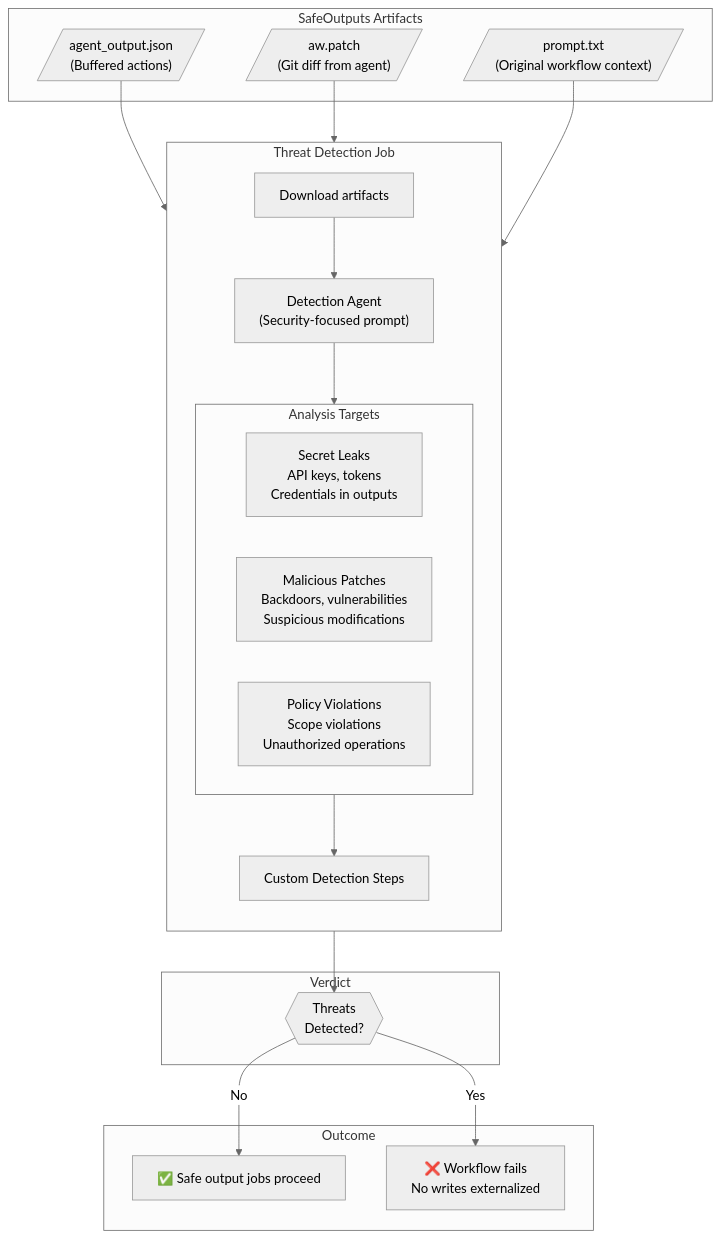
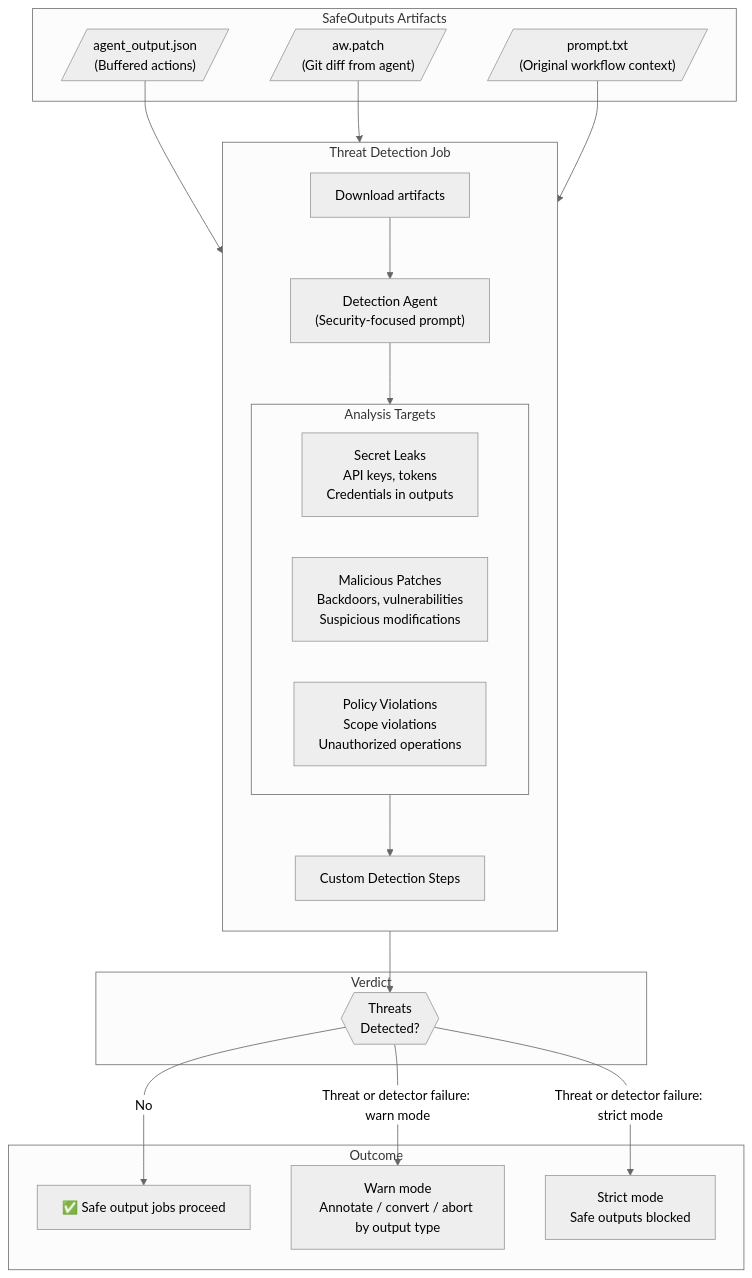
One commit to github/gh-aw changed the sixth of 11 diagrams in docs/src/content/docs/introduction/architecture.mdx. Above: the diagram before and after it, drawn with Mermaid (neutral theme). The commit also changed other lines of this file and 4 other files, not shown here.

````diff
--- a/docs/src/content/docs/introduction/architecture.mdx
+++ b/docs/src/content/docs/introduction/architecture.mdx
@@ -354,43 +367,45 @@
 ```mermaid
 flowchart TB
     subgraph Input["SafeOutputs Artifacts"]
         JSON[/"agent_output.json<br/>(Buffered actions)"/]
         PATCH[/"aw.patch<br/>(Git diff from agent)"/]
         PROMPT[/"prompt.txt<br/>(Original workflow context)"/]
     end
 
     subgraph DetectionJob["Threat Detection Job"]
         direction TB
         DOWNLOAD["Download artifacts"]
         AGENT["Detection Agent<br/>(Security-focused prompt)"]
         
         subgraph Checks["Analysis Targets"]
             SECRETS["Secret Leaks<br/>API keys, tokens<br/>Credentials in outputs"]
             MALICIOUS["Malicious Patches<br/>Backdoors, vulnerabilities<br/>Suspicious modifications"]
             POLICY["Policy Violations<br/>Scope violations<br/>Unauthorized operations"]
         end
         
         CUSTOM["Custom Detection Steps"]
     end
 
     subgraph Verdict["Verdict"]
         SAFE_CHECK{{"Threats<br/>Detected?"}}
     end
 
     subgraph Outcome["Outcome"]
         PROCEED["✅ Safe output jobs proceed"]
-        BLOCK["❌ Workflow fails<br/>No writes externalized"]
+        REVIEW["Warn mode<br/>Annotate / convert / abort by output type"]
+        BLOCK["Strict mode<br/>Safe outputs blocked"]
     end
 
     JSON --> DOWNLOAD
     PATCH --> DOWNLOAD
     PROMPT --> DOWNLOAD
     
     DOWNLOAD --> AGENT
     AGENT --> Checks
     Checks --> CUSTOM
     CUSTOM --> SAFE_CHECK
 
     SAFE_CHECK -->|"No"| PROCEED
-    SAFE_CHECK -->|"Yes"| BLOCK
+    SAFE_CHECK -->|"Threat or detector failure: warn mode"| REVIEW
+    SAFE_CHECK -->|"Threat or detector failure: strict mode"| BLOCK
 ```
````
